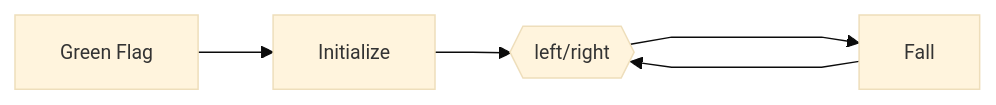
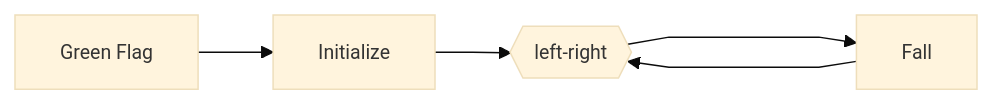
Before and after one commit to ksdavidc/digitalgardenforJrCoders: the first of 2 diagrams in src/site/notes/Digital Garden/Hatlight Platformer.md, drawn with Mermaid.

Commit message:
Update note Digital Garden/Hatlight Platformer.md

````diff
--- a/src/site/notes/Digital Garden/Hatlight Platformer.md
+++ b/src/site/notes/Digital Garden/Hatlight Platformer.md
@@ -37,6 +37,6 @@
 ```mermaid
 %%{init: {'theme': 'base', 'themeVariables': { 'fontSize': '13px', 'fontFamily': 'Inter'}, "flowchart" : { 'curve' : 'linear'} }}%%
 flowchart LR
-       GF[Green Flag] --> I[Initialize] --> A{{left/right}} 
+       GF[Green Flag] --> I[Initialize] --> A{{left-right}} 
        A --> B[Fall] ----> A
 ```
````
